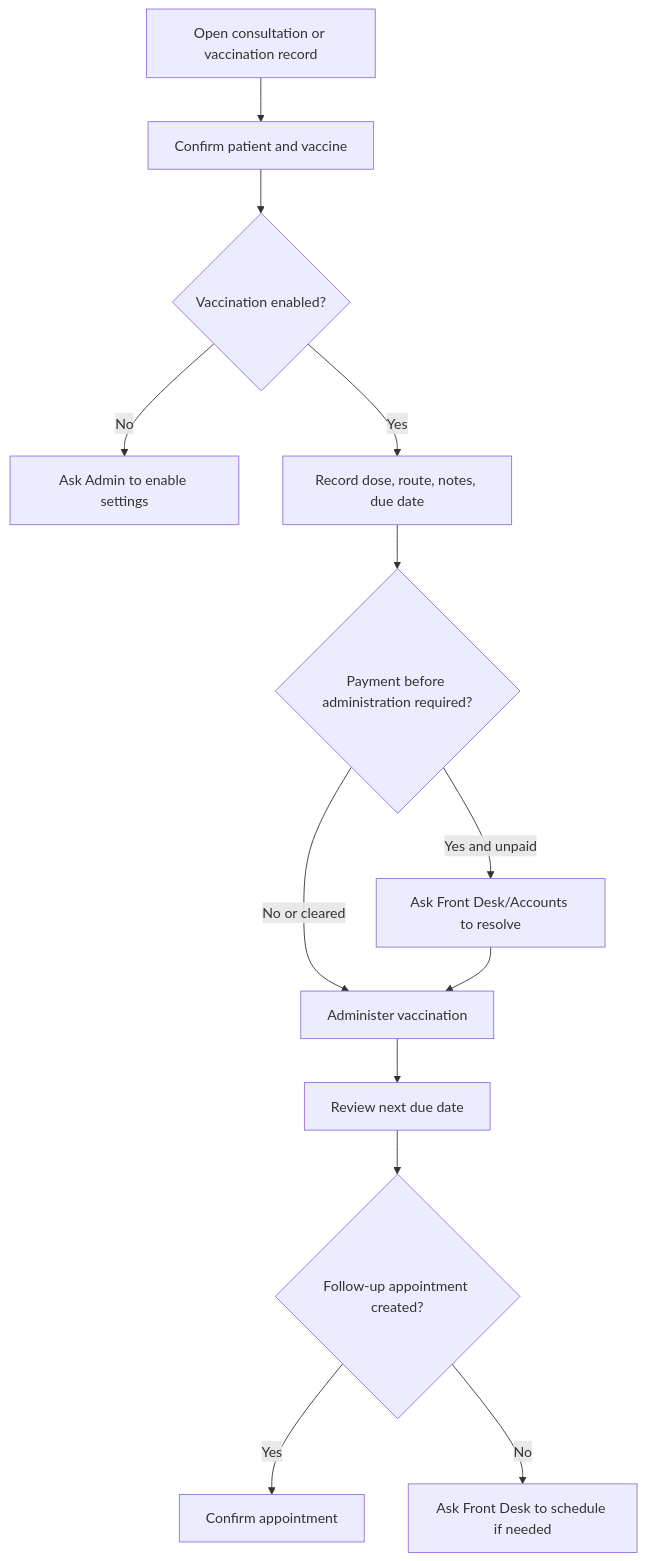
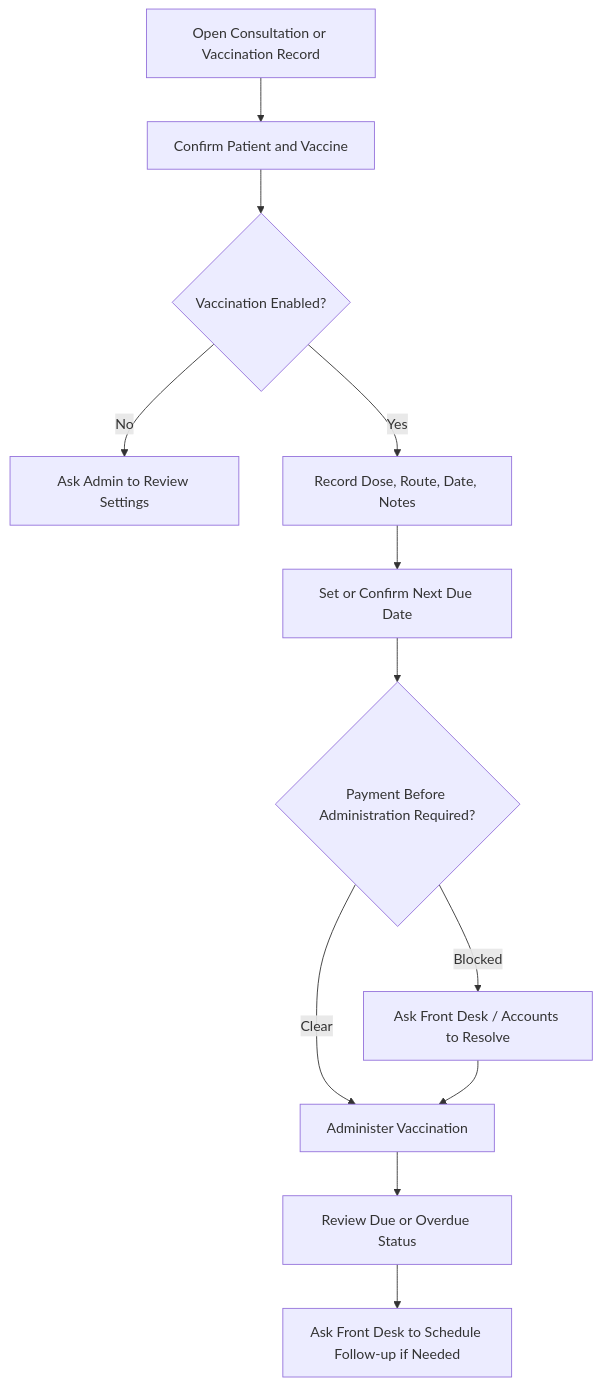
One commit to olayemigod/VetEdge changed the diagram in docs/training/veterinary_doctor_operations/vaccination_and_preventive_care_workflow.md. Above: the diagram before and after it, drawn with Mermaid. The commit also changed other lines of this file and 24 other files, not shown here.

````diff
--- a/docs/training/veterinary_doctor_operations/vaccination_and_preventive_care_workflow.md
+++ b/docs/training/veterinary_doctor_operations/vaccination_and_preventive_care_workflow.md
@@ -20,15 +20,14 @@
 ```mermaid
 flowchart TD
-    A[Open consultation or vaccination record] --> B[Confirm patient and vaccine]
-    B --> C{Vaccination enabled?}
-    C -->|No| D[Ask Admin to enable settings]
-    C -->|Yes| E[Record dose, route, notes, due date]
-    E --> F{Payment before administration required?}
-    F -->|Yes and unpaid| G[Ask Front Desk/Accounts to resolve]
-    F -->|No or cleared| H[Administer vaccination]
-    G --> H
-    H --> I[Review next due date]
-    I --> J{Follow-up appointment created?}
-    J -->|Yes| K[Confirm appointment]
-    J -->|No| L[Ask Front Desk to schedule if needed]
+    A[Open Consultation or Vaccination Record] --> B[Confirm Patient and Vaccine]
+    B --> C{Vaccination Enabled?}
+    C -->|No| D[Ask Admin to Review Settings]
+    C -->|Yes| E[Record Dose, Route, Date, Notes]
+    E --> F[Set or Confirm Next Due Date]
+    F --> G{Payment Before Administration Required?}
+    G -->|Blocked| H[Ask Front Desk / Accounts to Resolve]
+    G -->|Clear| I[Administer Vaccination]
+    H --> I
+    I --> J[Review Due or Overdue Status]
+    J --> K[Ask Front Desk to Schedule Follow-up if Needed]
 ```
````
